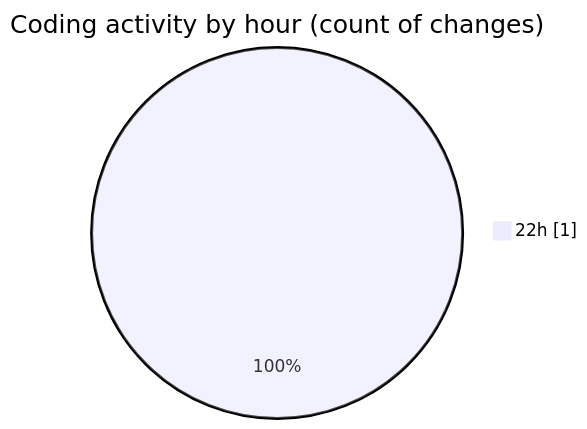
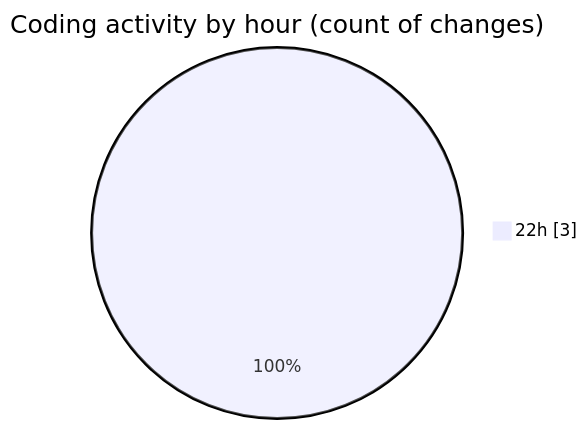
Before and after one commit to Netris89/code-tracking: the second of 2 diagrams in 2025-04-03/front-end/README.md, drawn with Mermaid. The commit also changed other lines of this file and 1 other file, not shown here.

````diff
--- a/2025-04-03/front-end/README.md
+++ b/2025-04-03/front-end/README.md
@@ -28,5 +30,5 @@
 ```mermaid
 pie showData
 title Coding activity by hour (count of changes)
-"22h" : 1
+"22h" : 3
 ```
````
